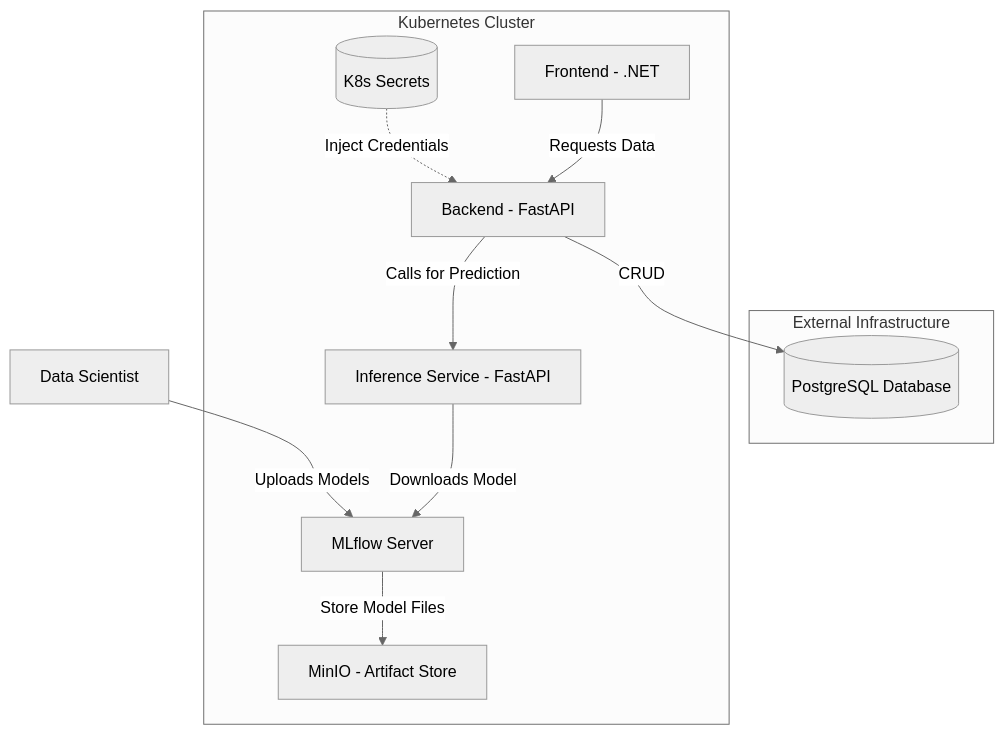
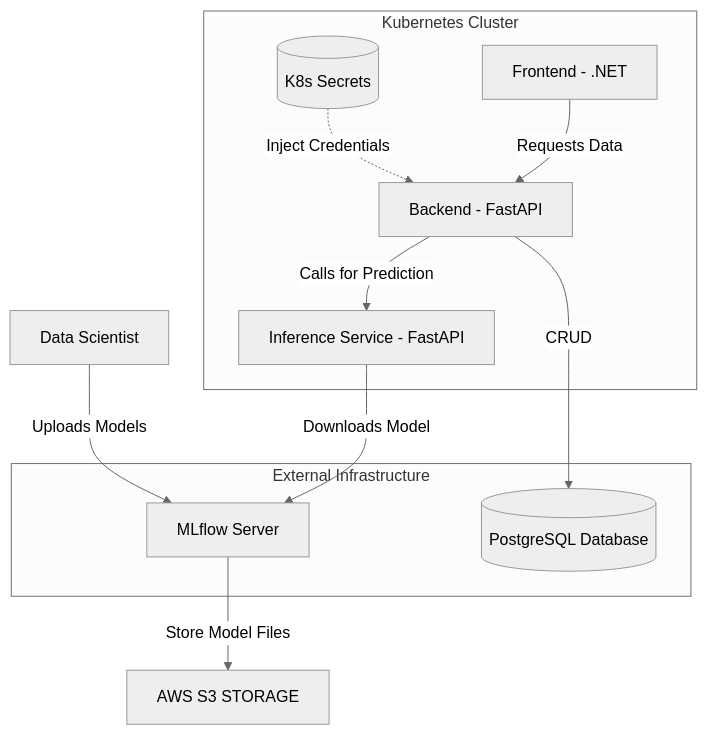
One commit to olomg48/kubernetes_lab changed the diagram in readme.md. Above: the diagram before and after it, drawn with Mermaid (neutral theme). The commit also changed other lines of this file, not shown here.

````diff
--- a/readme.md
+++ b/readme.md
@@ -16,25 +16,25 @@
 ```mermaid
 graph TB
     subgraph External_Infrastructure [External Infrastructure]
+        MLF[MLflow Server]
         DB[(PostgreSQL Database)]
     end
 
     subgraph K8s [Kubernetes Cluster]
         FE[Frontend - .NET]
         BE[Backend - FastAPI]
         INF[Inference Service - FastAPI]
-        MLF[MLflow Server]
-        MIN[MinIO - Artifact Store]
-        
         S[(K8s Secrets)] -.->|Inject Credentials| BE
 
     end
 
+    S3[AWS S3 STORAGE]
+
     DS[Data Scientist] -->|Uploads Models| MLF
-    MLF -->|Store Model Files| MIN
+    MLF -->|Store Model Files| S3
     
     FE -->|Requests Data| BE
     BE -->|CRUD| DB
     INF -->|Downloads Model| MLF
     BE -->|Calls for Prediction| INF
 ```
````
